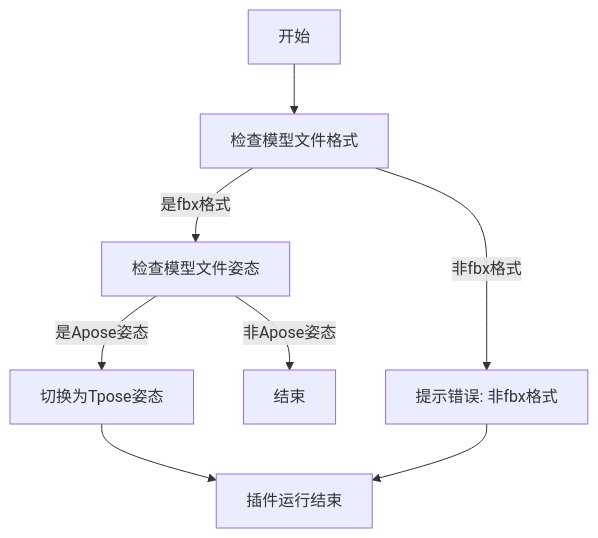
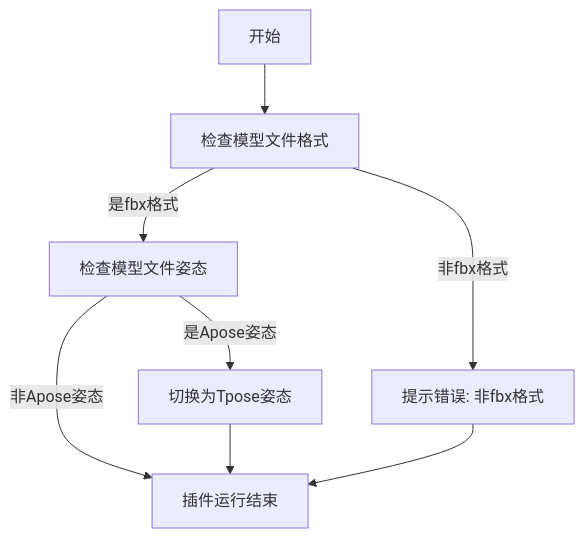
Before and after one commit to zade23/iodraw-files: the diagram in all/未命名-1.md, drawn with Mermaid.

Commit message:
2024-11-25 18:03:58 update

````diff
--- a/all/未命名-1.md
+++ b/all/未命名-1.md
@@ -1,13 +1,13 @@
 ```mermaid
 graph TD
     A[开始] --> B[检查模型文件格式]
     B -->|是fbx格式| C[检查模型文件姿态]
     B -->|非fbx格式| D[提示错误: 非fbx格式]
     C -->|是Apose姿态| E[切换为Tpose姿态]
-    C -->|非Apose姿态| F[结束]
+    C -->|非Apose姿态| G
     E --> G[插件运行结束]
     D --> G
 
 
 
 ```
````
